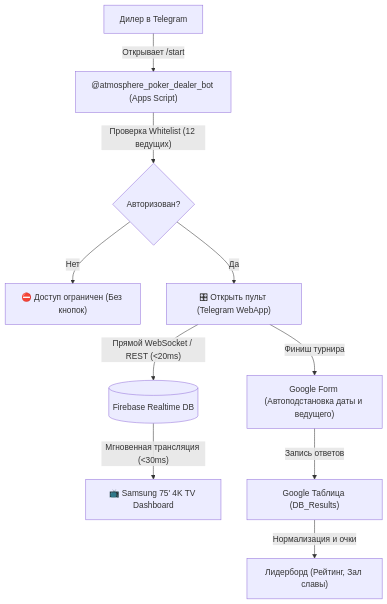
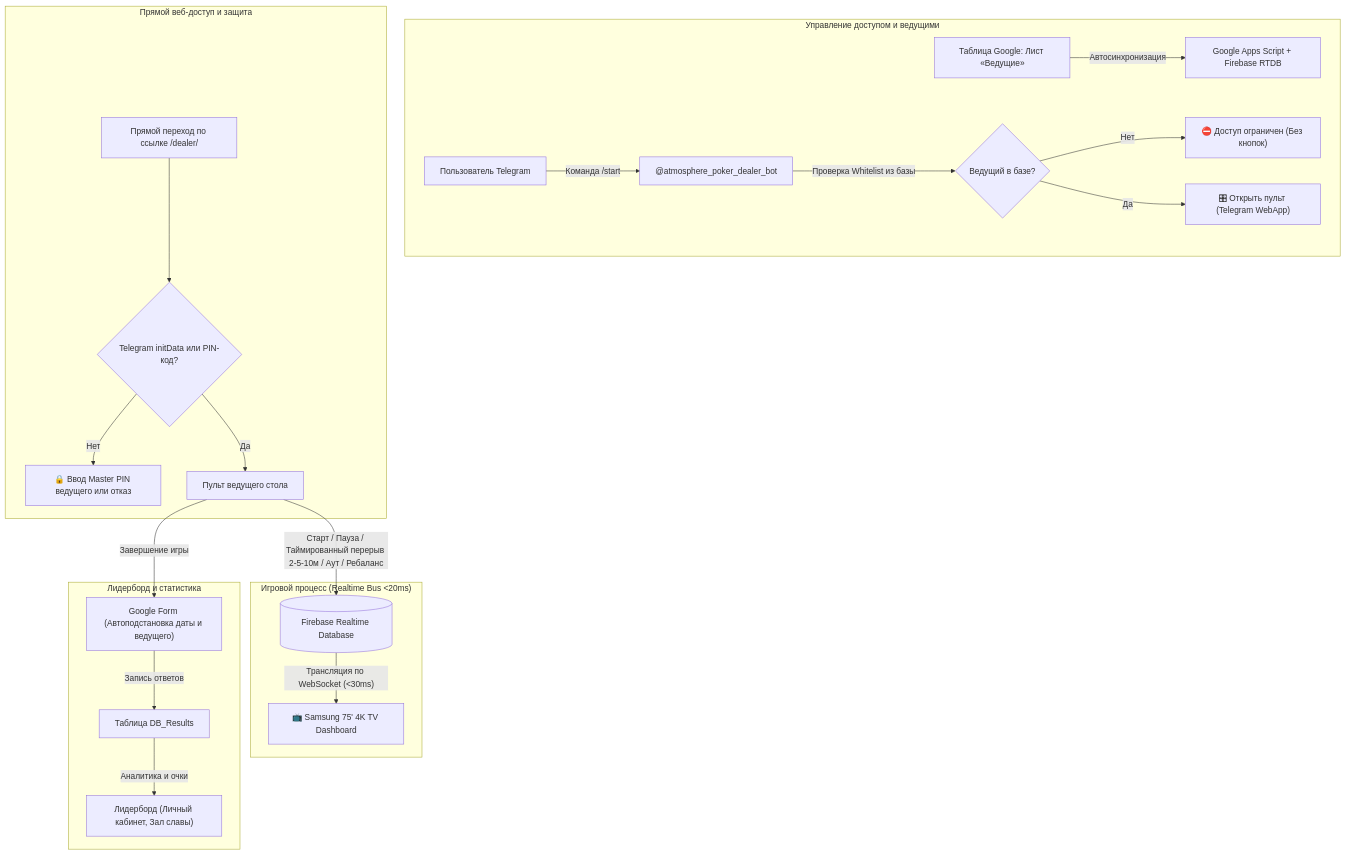
One commit to h0raiz0n/leaderboard-mini-apps changed the diagram in ORCHESTRATOR.md. Above: the diagram before and after it, drawn with Mermaid. The commit also changed other lines of this file and 6 other files, not shown here.

Commit message:
feat(security): protect direct dealer link with Master PIN gate and Telegram auth guard

````diff
--- a/ORCHESTRATOR.md
+++ b/ORCHESTRATOR.md
@@ -8,14 +8,27 @@
 ```mermaid
 graph TD
-    A["Дилер в Telegram"] -->|"Открывает /start"| B["@atmosphere_poker_dealer_bot (Apps Script)"]
-    B -->|"Проверка Whitelist (12 ведущих)"| C{"Авторизован?"}
-    C -->|"Нет"| D["⛔️ Доступ ограничен (Без кнопок)"]
-    C -->|"Да"| E["🎛 Открыть пульт (Telegram WebApp)"]
-    
-    E -->|"Прямой WebSocket / REST (<20ms)"| F[("Firebase Realtime DB")]
-    F -->|"Мгновенная трансляция (<30ms)"| G["📺 Samsung 75' 4K TV Dashboard"]
-    
-    E -->|"Финиш турнира"| H["Google Form (Автоподстановка даты и ведущего)"]
-    H -->|"Запись ответов"| I["Google Таблица (DB_Results)"]
-    I -->|"Нормализация и очки"| J["Лидерборд (Рейтинг, Зал славы)"]
+    subgraph "Управление доступом и ведущими"
+        A["Таблица Google: Лист «Ведущие»"] -->|"Автосинхронизация"| B["Google Apps Script + Firebase RTDB"]
+        C["Пользователь Telegram"] -->|"Команда /start"| D["@atmosphere_poker_dealer_bot"]
+        D -->|"Проверка Whitelist из базы"| E{"Ведущий в базе?"}
+        E -->|"Нет"| F["⛔️ Доступ ограничен (Без кнопок)"]
+        E -->|"Да"| G["🎛 Открыть пульт (Telegram WebApp)"]
+    end
+
+    subgraph "Прямой веб-доступ и защита"
+        H["Прямой переход по ссылке /dealer/"] --> I{"Telegram initData или PIN-код?"}
+        I -->|"Нет"| J["🔒 Ввод Master PIN ведущего или отказ"]
+        I -->|"Да"| K["Пульт ведущего стола"]
+    end
+
+    subgraph "Игровой процесс (Realtime Bus <20ms)"
+        K -->|"Старт / Пауза / Таймированный перерыв 2-5-10м / Аут / Ребаланс"| L[("Firebase Realtime Database")]
+        L -->|"Трансляция по WebSocket (<30ms)"| M["📺 Samsung 75' 4K TV Dashboard"]
+    end
+
+    subgraph "Лидерборд и статистика"
+        K -->|"Завершение игры"| N["Google Form (Автоподстановка даты и ведущего)"]
+        N -->|"Запись ответов"| O["Таблица DB_Results"]
+        O -->|"Аналитика и очки"| P["Лидерборд (Личный кабинет, Зал славы)"]
+    end
 ```
````
